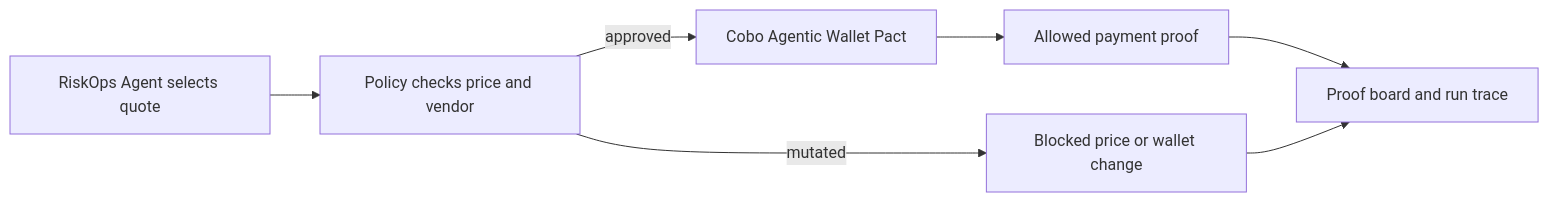
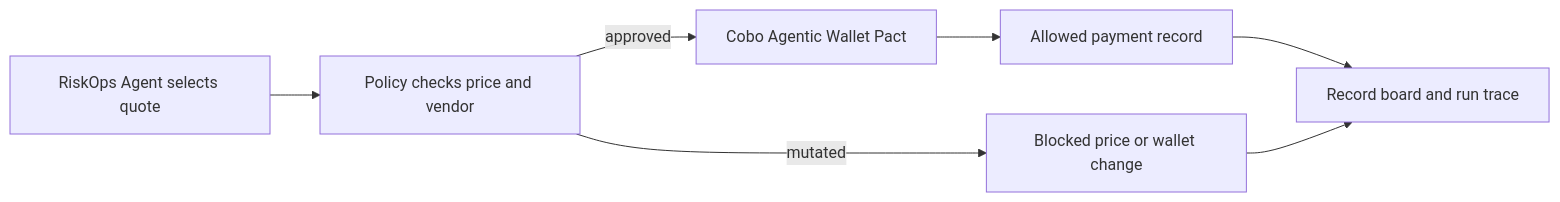
One commit to veithly/pactbreak-resource-procurement changed the diagram in README.md. Above: the diagram before and after it, drawn with Mermaid. The commit also changed other lines of this file and 7 other files, not shown here.

````diff
--- a/README.md
+++ b/README.md
@@ -98,9 +98,9 @@
 ```mermaid
 flowchart LR
   agent["RiskOps Agent selects quote"] --> policy["Policy checks price and vendor"]
   policy -->|approved| caw["Cobo Agentic Wallet Pact"]
-  caw --> tx["Allowed payment proof"]
+  caw --> tx["Allowed payment record"]
   policy -->|mutated| block["Blocked price or wallet change"]
-  tx --> proof["Proof board and run trace"]
+  tx --> proof["Record board and run trace"]
   block --> proof
 ```
````
